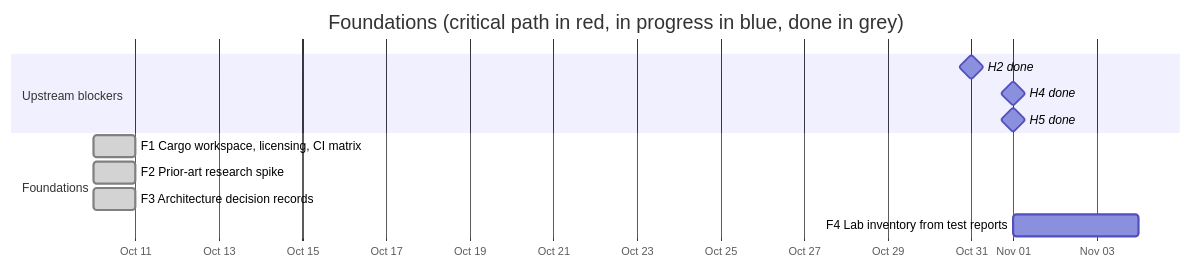
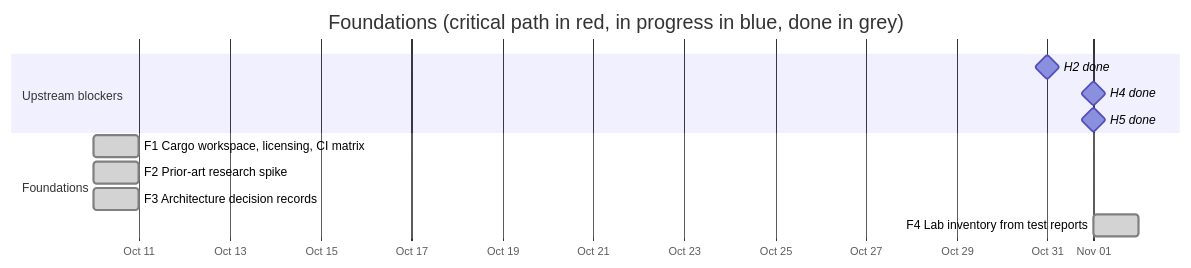
Before and after one commit to anygamepad/anygamepad.github.io: the diagram in ROADMAP/2026-11-01/00-foundations.md, drawn with Mermaid. The commit also changed other lines of this file and 37 other files, not shown here.

First line of the commit message:
F4: name lab units at test time, build the inventory from test reports

````diff
--- a/ROADMAP/2026-11-01/00-foundations.md
+++ b/ROADMAP/2026-11-01/00-foundations.md
@@ -8,15 +8,15 @@
 ```mermaid
 gantt
     dateFormat YYYY-MM-DD
     axisFormat %b %d
     title Foundations (critical path in red, in progress in blue, done in grey)
     section Upstream blockers
     H2 done :milestone, h2, 2026-10-31, 0d
     H4 done :milestone, h4, 2026-11-01, 0d
     H5 done :milestone, h5, 2026-11-01, 0d
     section Foundations
     F1 Cargo workspace, licensing, CI matrix :done, f1, 2026-10-10, 1d
     F2 Prior-art research spike :done, f2, 2026-10-10, 1d
     F3 Architecture decision records :done, f3, 2026-10-10, 1d
-    F4 Lab inventory from test reports :f4, after f2 h2 h4 h5, 3d
+    F4 Lab inventory from test reports :done, f4, 2026-11-01, 1d
 ```
````
